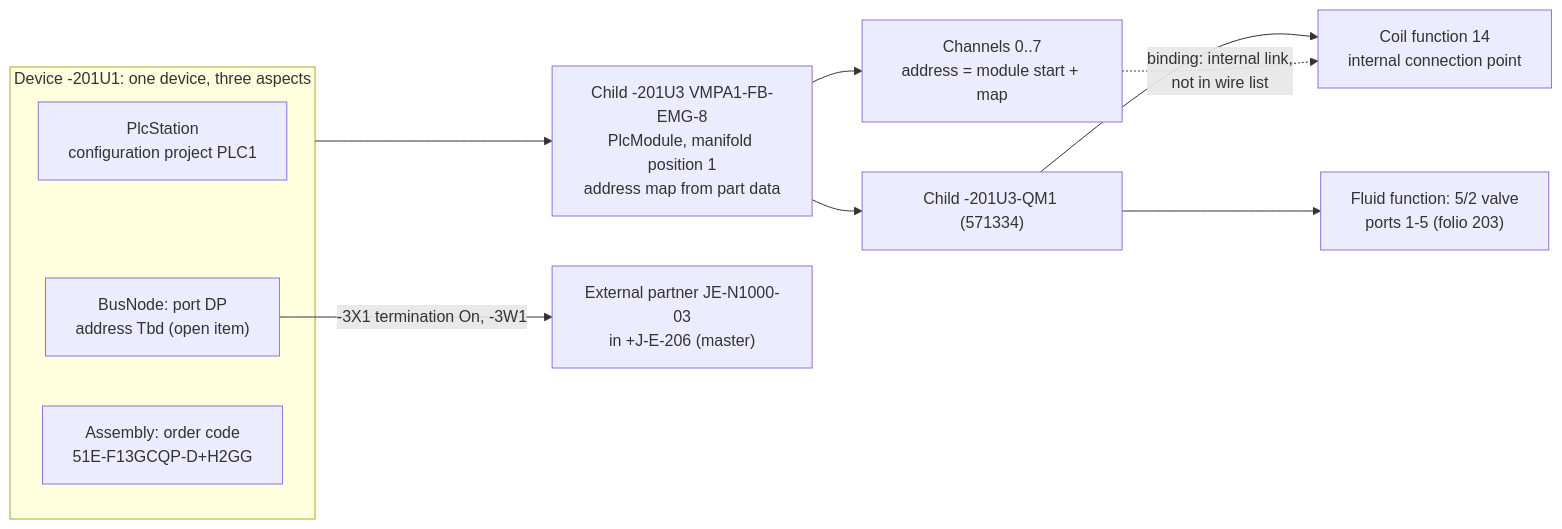
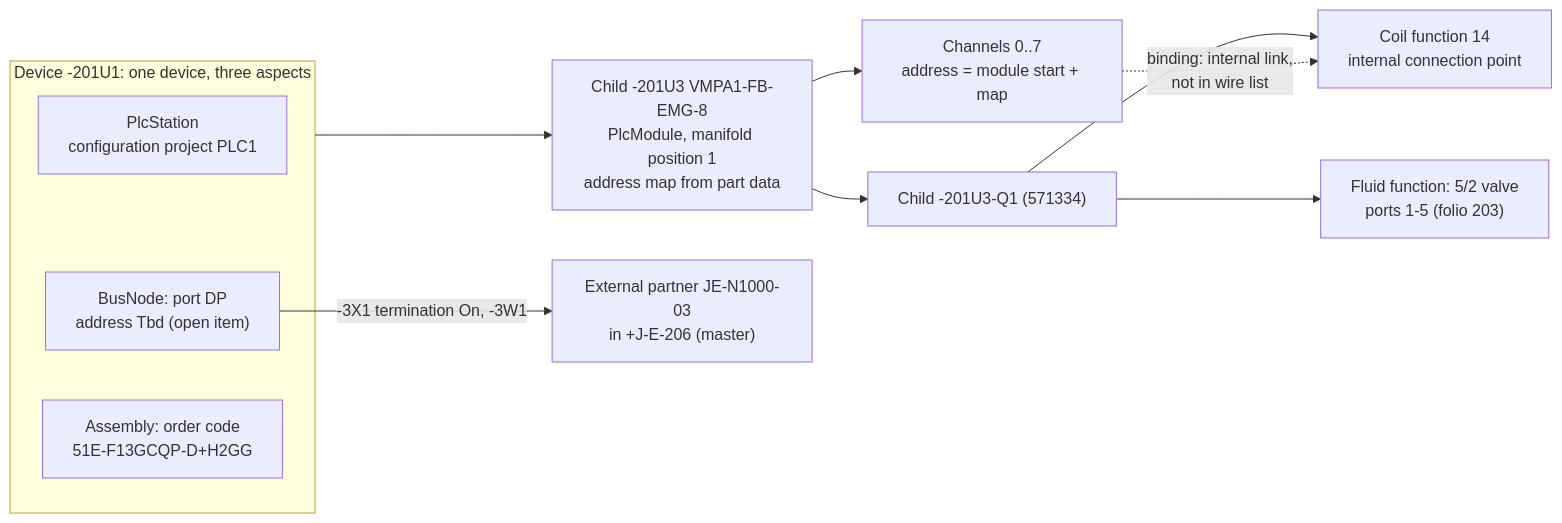
The first of 3 diagrams in docs/design/02b-requirements-extended.md (Ironkode787/ElektraWatt), drawn with Mermaid before and after one commit. The commit also changed other lines of this file and 51 other files, not shown here.

````diff
--- a/docs/design/02b-requirements-extended.md
+++ b/docs/design/02b-requirements-extended.md
@@ -96,15 +105,15 @@
 ```mermaid
 flowchart LR
   subgraph DEV["Device -201U1: one device, three aspects"]
     ST["PlcStation<br/>configuration project PLC1"]
     BN["BusNode: port DP<br/>address Tbd (open item)"]
     AS["Assembly: order code<br/>51E-F13GCQP-D+H2GG"]
   end
   DEV --> M3["Child -201U3 VMPA1-FB-EMG-8<br/>PlcModule, manifold position 1<br/>address map from part data"]
   M3 --> CH["Channels 0..7<br/>address = module start + map"]
-  M3 --> V1["Child -201U3-QM1 (571334)"]
+  M3 --> V1["Child -201U3-Q1 (571334)"]
   V1 --> FF["Fluid function: 5/2 valve<br/>ports 1-5 (folio 203)"]
   V1 --> CF["Coil function 14<br/>internal connection point"]
   CH -. "binding: internal link,<br/>not in wire list" .-> CF
   BN -- "-3X1 termination On, -3W1" --> EXT["External partner JE-N1000-03<br/>in +J-E-206 (master)"]
 ```
````
